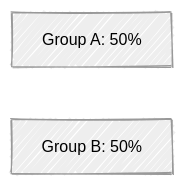
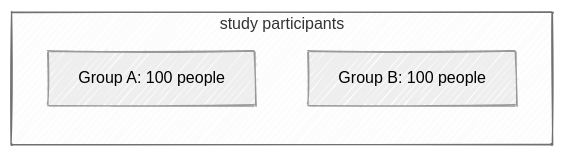
One commit to agrogan1/closeread changed the second of 3 diagrams in multivariate/multivariate.md. Above: the diagram before and after it, drawn with Mermaid. The commit also changed other lines of this file, not shown here.

Commit message:
Clarify evaluation participant subgroup concerns
Added a note about participant subgroup composition in evaluations and updated flowchart labels.

````diff
--- a/multivariate/multivariate.md
+++ b/multivariate/multivariate.md
@@ -34,14 +36,18 @@
 ```mermaid
 ---
 config:
   look: handDrawn
   theme: neutral
 ---
 
 flowchart LR
 
-  A["Group A: 50%"]
+  subgraph study["study participants"]
 
-  B["Group B: 50%"]
+  A["Group A: 100 people"]
+
+  B["Group B: 100 people"]
+
+  end
 
 ```
````
